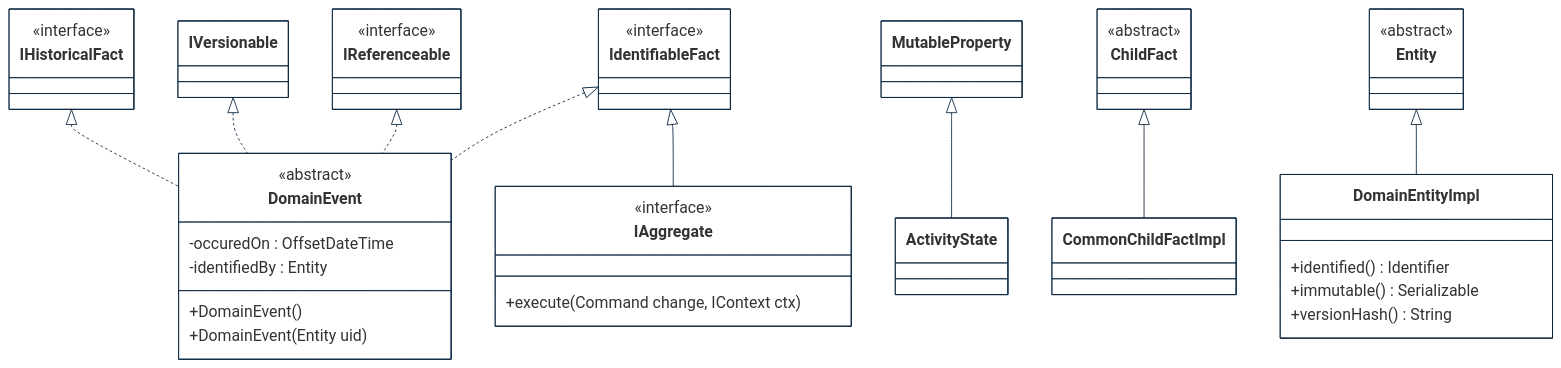
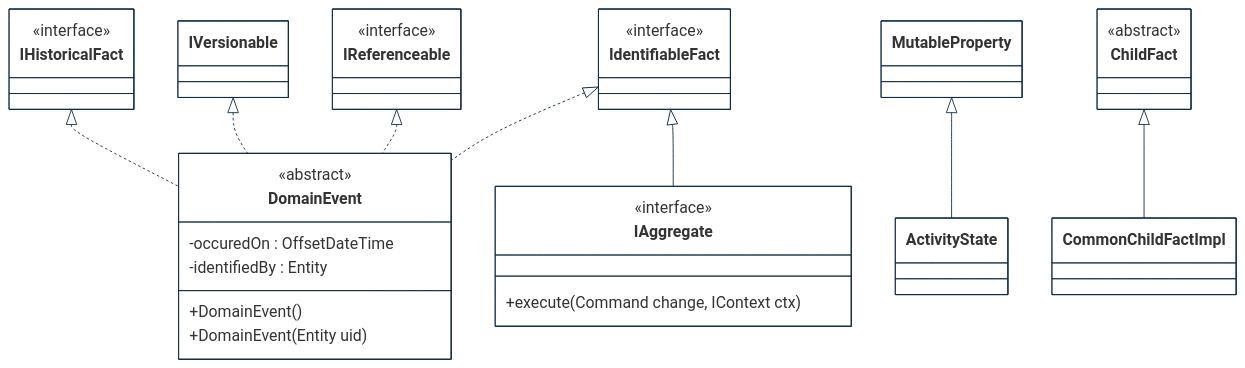
One commit to cybnity/foundation changed the first of 5 diagrams in implementations-line/framework/domain/designview-packages.md. Above: the diagram before and after it, drawn with Mermaid.

````diff
--- a/implementations-line/framework/domain/designview-packages.md
+++ b/implementations-line/framework/domain/designview-packages.md
@@ -10,61 +10,52 @@
 ```mermaid
 %%{
   init: {
     'theme': 'base',
     'themeVariables': {
         'background': '#ffffff',
         'fontFamily': 'arial',
         'fontSize': '18px',
         'primaryColor': '#fff',
         'primaryBorderColor': '#0e2a43',
         'secondaryBorderColor': '#0e2a43',
         'tertiaryBorderColor': '#0e2a43',
         'edgeLabelBackground':'#0e2a43',
         'lineColor': '#0e2a43',
         'tertiaryColor': '#fff'
     }
   }
 }%%
 classDiagram
     IHistoricalFact <|.. DomainEvent
     IVersionable <|.. DomainEvent
     IReferenceable <|.. DomainEvent
     IdentifiableFact <|.. DomainEvent
     IdentifiableFact <|-- IAggregate
     MutableProperty <|-- ActivityState
     ChildFact <|-- CommonChildFactImpl
-    Entity <|-- DomainEntityImpl
 
-    class Entity {
-        <<abstract>>
-    }
-    class DomainEntityImpl {
-        +identified() Identifier
-        +immutable() Serializable
-        +versionHash() String
-    }
     class DomainEvent {
         <<abstract>>
         -occuredOn : OffsetDateTime
         -identifiedBy : Entity
         +DomainEvent()
         +DomainEvent(Entity uid)
     }
     class IHistoricalFact {
         <<interface>>
     }
     class IdentifiableFact {
         <<interface>>
     }
     class IAggregate {
         <<interface>>
         +execute(Command change, IContext ctx)
     }
     class IReferenceable {
         <<interface>>
     }
     class ChildFact {
         <<abstract>>
     }
 
 ```
````
